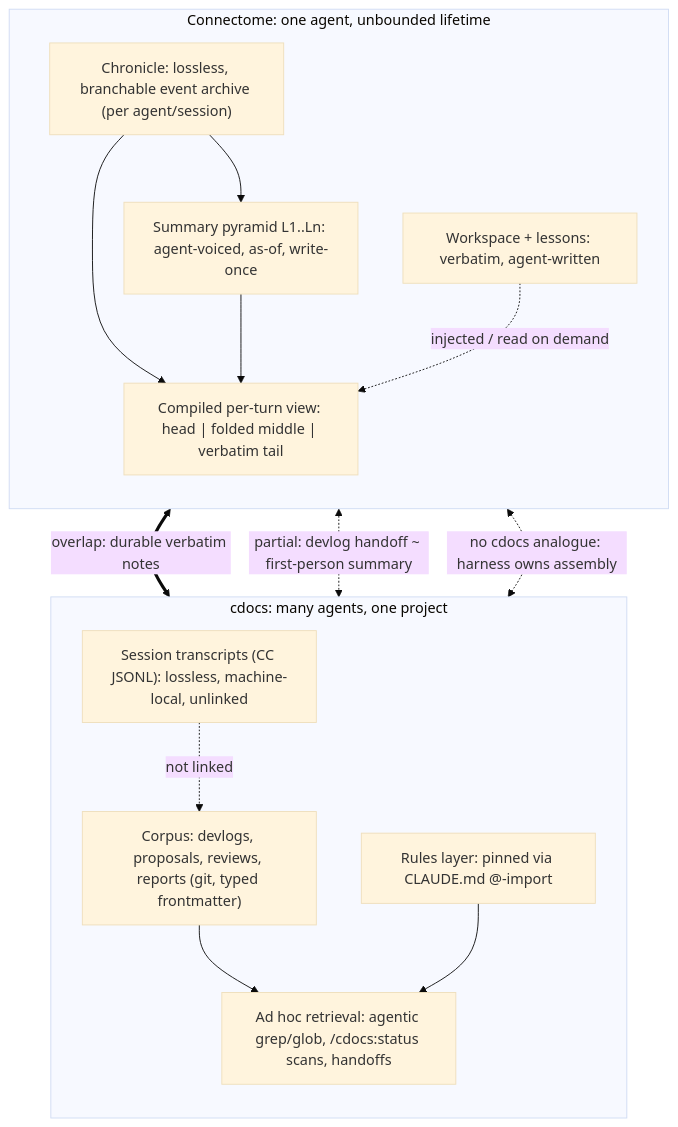
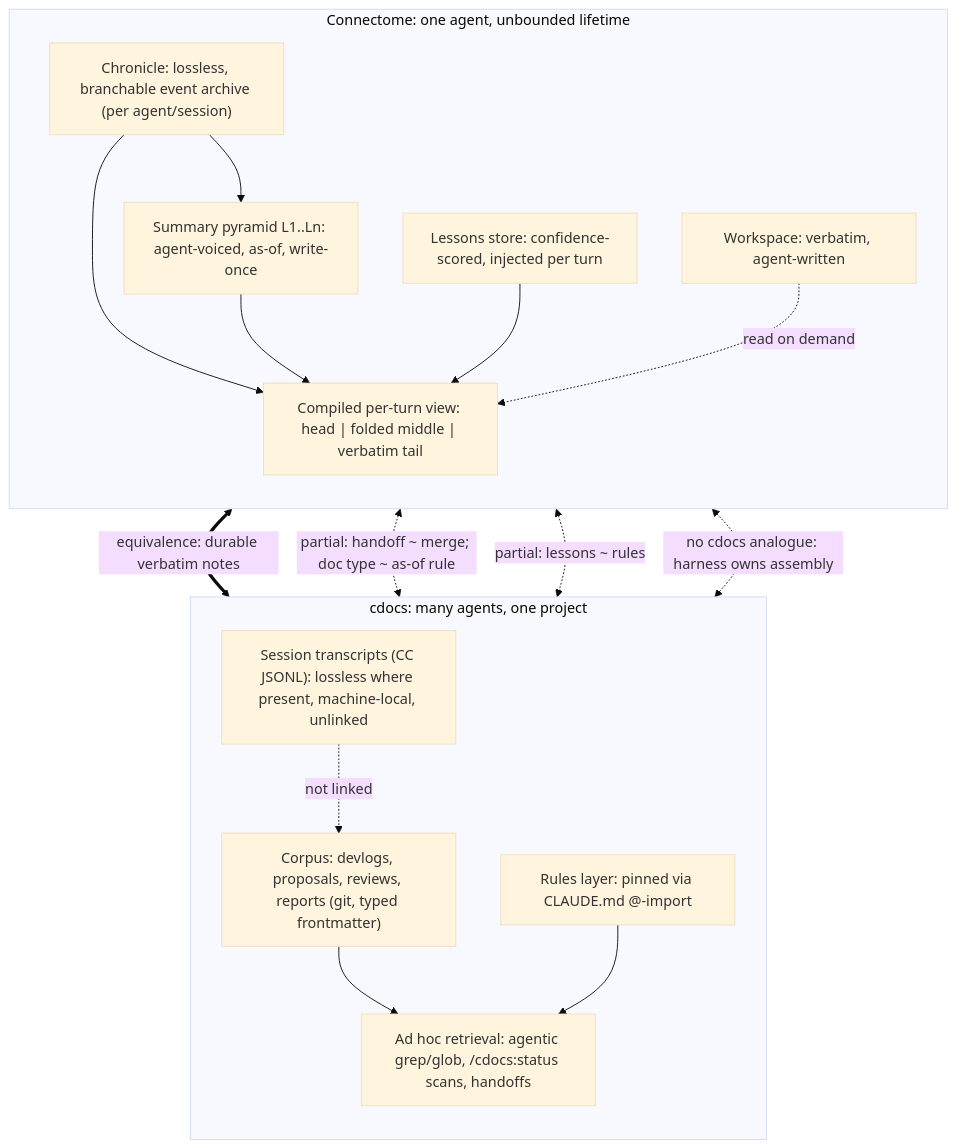
The diagram in cdocs/reports/2026-09-26-connectome-synthesis.md (weftwiseink/clauthier), drawn with Mermaid (base theme) before and after one commit. The commit also changed other lines of this file, not shown here.

First line of the commit message:
docs(connectome): revise synthesis per review

````diff
--- a/cdocs/reports/2026-09-26-connectome-synthesis.md
+++ b/cdocs/reports/2026-09-26-connectome-synthesis.md
@@ -59,27 +72,30 @@
 ```mermaid
 flowchart TB
   subgraph CN["Connectome: one agent, unbounded lifetime"]
     direction TB
     CR["Chronicle: lossless, branchable event archive (per agent/session)"]
     CS["Summary pyramid L1..Ln: agent-voiced, as-of, write-once"]
-    CW["Workspace + lessons: verbatim, agent-written"]
+    CW["Workspace: verbatim, agent-written"]
+    CL["Lessons store: confidence-scored, injected per turn"]
     CV["Compiled per-turn view: head | folded middle | verbatim tail"]
     CR --> CS
     CR --> CV
     CS --> CV
-    CW -. injected / read on demand .-> CV
+    CL --> CV
+    CW -. read on demand .-> CV
   end
   subgraph CD["cdocs: many agents, one project"]
     direction TB
-    DT["Session transcripts (CC JSONL): lossless, machine-local, unlinked"]
+    DT["Session transcripts (CC JSONL): lossless where present, machine-local, unlinked"]
     DD["Corpus: devlogs, proposals, reviews, reports (git, typed frontmatter)"]
     DR["Rules layer: pinned via CLAUDE.md @-import"]
     DA["Ad hoc retrieval: agentic grep/glob, /cdocs:status scans, handoffs"]
     DT -. not linked .-> DD
     DD --> DA
     DR --> DA
   end
-  CW <== "overlap: durable verbatim notes" ==> DD
-  CS <-. "partial: devlog handoff ~ first-person summary" .-> DD
+  CW <== "equivalence: durable verbatim notes" ==> DD
+  CS <-. "partial: handoff ~ merge; doc type ~ as-of rule" .-> DD
+  CL <-. "partial: lessons ~ rules" .-> DR
   CV <-. "no cdocs analogue: harness owns assembly" .-> DA
 ```
````
